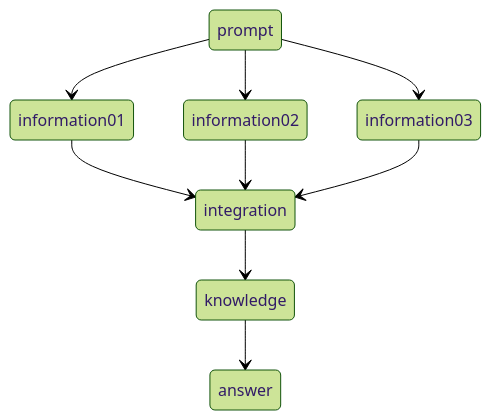
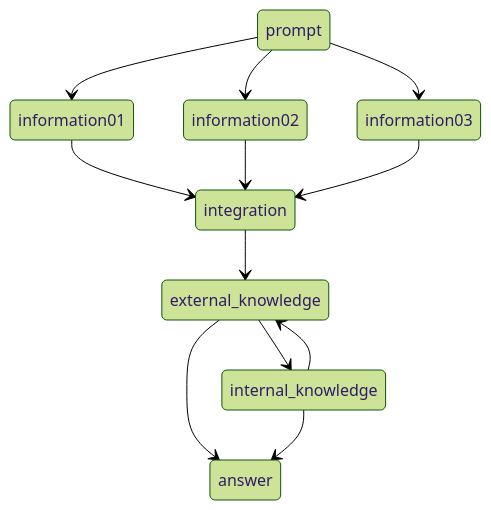
Before and after one commit to HR-ChatGPT/ChatGPT-UITGELEGD: the first of 2 diagrams in README.md, drawn with Mermaid (forest theme).

````diff
--- a/README.md
+++ b/README.md
@@ -553,11 +553,14 @@
 ```mermaid
 stateDiagram-v2
     prompt --> information01
     prompt --> information02
     prompt --> information03
-   information01 --> integration
-   information02 --> integration
-   information03 --> integration
-   integration --> knowledge
-   knowledge --> answer
+   information01 -->integration
+   information02 -->integration
+   information03 -->integration
+   integration --> external_knowledge
+   external_knowledge --> answer
+   internal_knowledge --> answer
+   internal_knowledge --> external_knowledge
+   external_knowledge --> internal_knowledge
 ```
````
